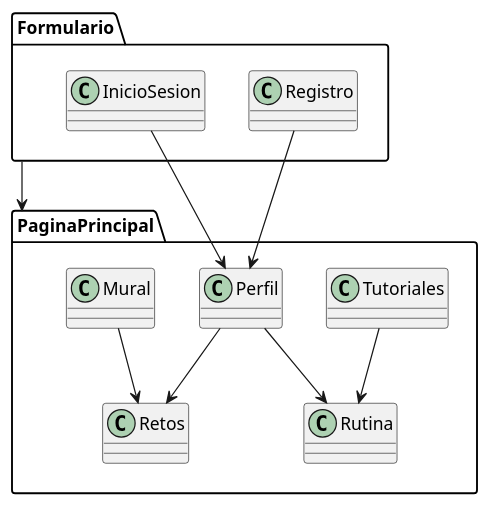
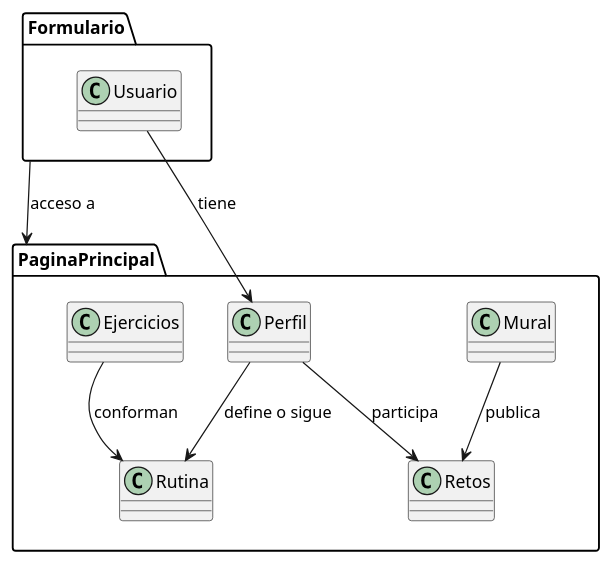
One commit to celiabecerril/24-25-IdSw1-SDR changed the diagram in modelosUML/evas.puml. Above: the diagram before and after it, drawn with PlantUML.

Commit message:
Correccion Segunda Iteracion

```diff
--- a/modelosUML/evas.puml
+++ b/modelosUML/evas.puml
@@ -1,27 +1,25 @@
 @startuml evas
 
-package Formulario {
-    class Registro
-    class InicioSesion
+package "Formulario" {
+    class Usuario
 }
 
-package PaginaPrincipal {
-    class Tutoriales
+package "PaginaPrincipal" {
+    class Ejercicios
     class Mural
     class Perfil
     class Rutina
     class Retos
 }
 
-Formulario -down-> PaginaPrincipal
+Formulario --> PaginaPrincipal : acceso a
 
-InicioSesion --> Perfil
-Registro --> Perfil
+Usuario --> Perfil : tiene
 
-Perfil --> Rutina
-Perfil --> Retos
+Perfil --> Rutina : define o sigue
+Perfil --> Retos : participa
 
-Mural --> Retos 
-Tutoriales --> Rutina 
+Mural --> Retos : publica
+Ejercicios --> Rutina : conforman
 
 @enduml
```
